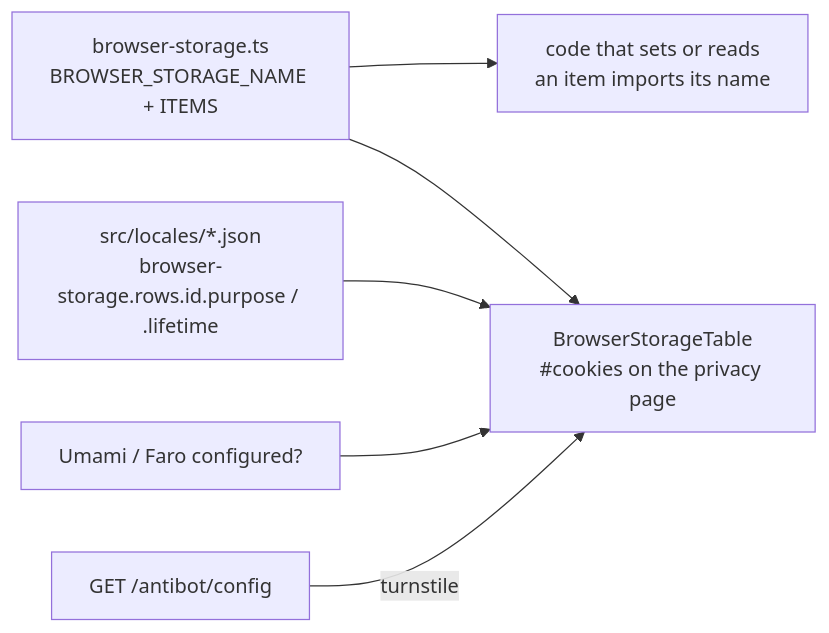
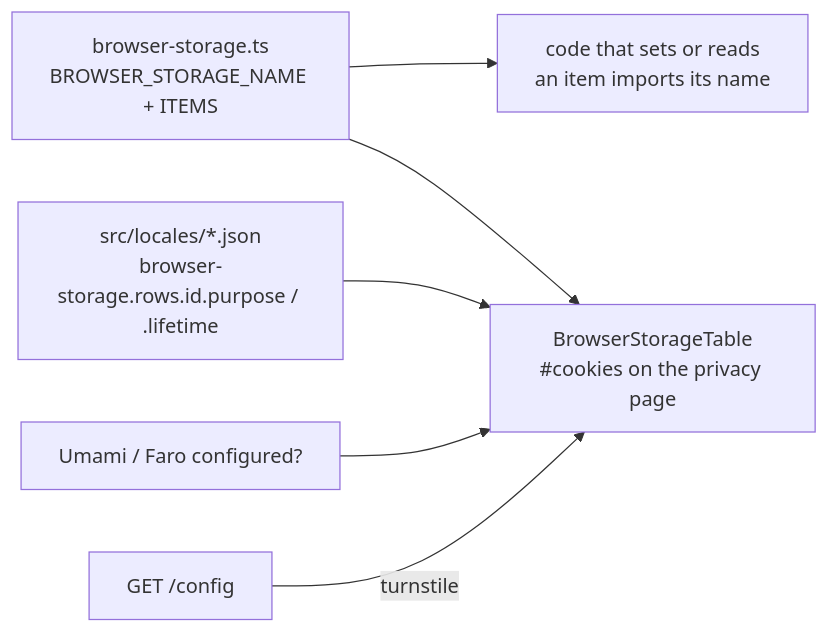
Before and after one commit to Guebbit/boilerplate-vue-frontend: the diagram in docs/tools/browser-storage.md, drawn with Mermaid. The commit also changed 34 other files, not shown here.

First line of the commit message:
feat(config): the app loads GET /config once and every reader shares it

````diff
--- a/docs/tools/browser-storage.md
+++ b/docs/tools/browser-storage.md
@@ -10,8 +10,8 @@
 ```mermaid
 flowchart LR
     List["browser-storage.ts\nBROWSER_STORAGE_NAME + ITEMS"] --> Code["code that sets or reads\nan item imports its name"]
     List --> Table["BrowserStorageTable\n#cookies on the privacy page"]
     Locales["src/locales/*.json\nbrowser-storage.rows.id.purpose / .lifetime"] --> Table
     Config["Umami / Faro configured?"] --> Table
-    Antibot["GET /antibot/config"] -->|turnstile| Table
+    Antibot["GET /config"] -->|turnstile| Table
 ```
````
